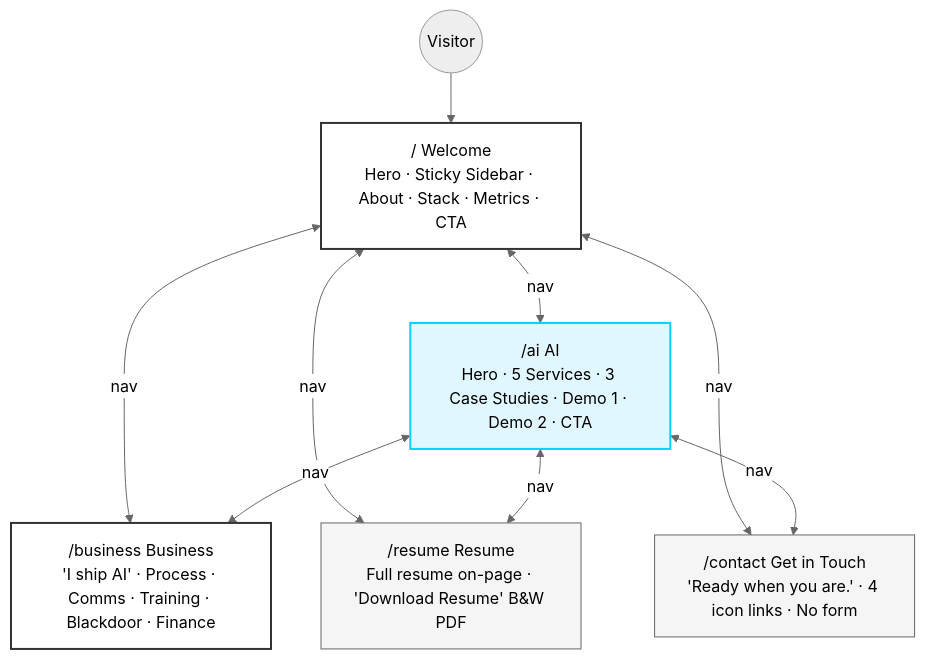
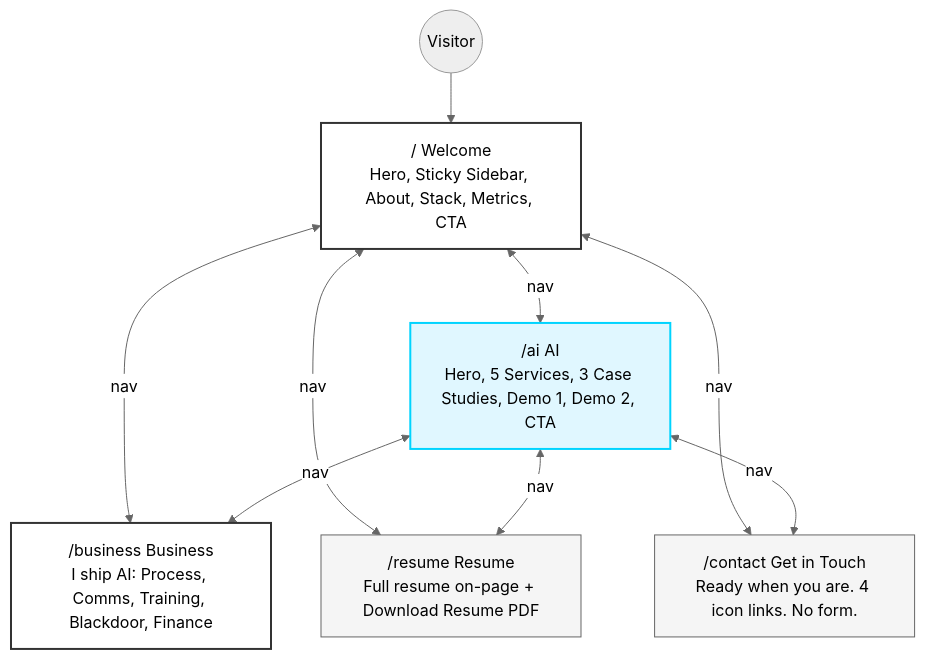
Before and after one commit to belonsavon-sys/portfolio: the first of 3 diagrams in context/project-scope.md, drawn with Mermaid (neutral theme). The commit also changed other lines of this file and 4 other files, not shown here.

First line of the commit message:
fix: repair all 11 mermaid diagrams for GitHub rendering

````diff
--- a/context/project-scope.md
+++ b/context/project-scope.md
@@ -18,24 +18,24 @@
 ```mermaid
 flowchart TD
     Visitor((Visitor))
-    Welcome[" / Welcome<br/>Hero · Sticky Sidebar · About · Stack · Metrics · CTA"]
-    AI[" /ai AI<br/>Hero · 5 Services · 3 Case Studies · Demo 1 · Demo 2 · CTA"]
-    Business[" /business Business<br/>'I ship AI' · Process · Comms · Training · Blackdoor · Finance"]
-    Resume[" /resume Resume<br/>Full resume on-page · 'Download Resume' B&W PDF"]
-    Contact[" /contact Get in Touch<br/>'Ready when you are.' · 4 icon links · No form"]
+    Welcome["/ Welcome<br/>Hero, Sticky Sidebar, About, Stack, Metrics, CTA"]
+    AI["/ai AI<br/>Hero, 5 Services, 3 Case Studies, Demo 1, Demo 2, CTA"]
+    Business["/business Business<br/>I ship AI: Process, Comms, Training, Blackdoor, Finance"]
+    Resume["/resume Resume<br/>Full resume on-page + Download Resume PDF"]
+    Contact["/contact Get in Touch<br/>Ready when you are. 4 icon links. No form."]
 
     Visitor --> Welcome
     Welcome <-->|nav| AI
     Welcome <-->|nav| Business
     Welcome <-->|nav| Resume
     Welcome <-->|nav| Contact
     AI <-->|nav| Business
     AI <-->|nav| Resume
     AI <-->|nav| Contact
 
     style Welcome fill:#fff,stroke:#333,stroke-width:2px
     style AI fill:#e0f7ff,stroke:#00d4ff,stroke-width:2px
     style Business fill:#fff,stroke:#333,stroke-width:2px
     style Resume fill:#f5f5f5,stroke:#666
     style Contact fill:#f5f5f5,stroke:#666
 ```
````
